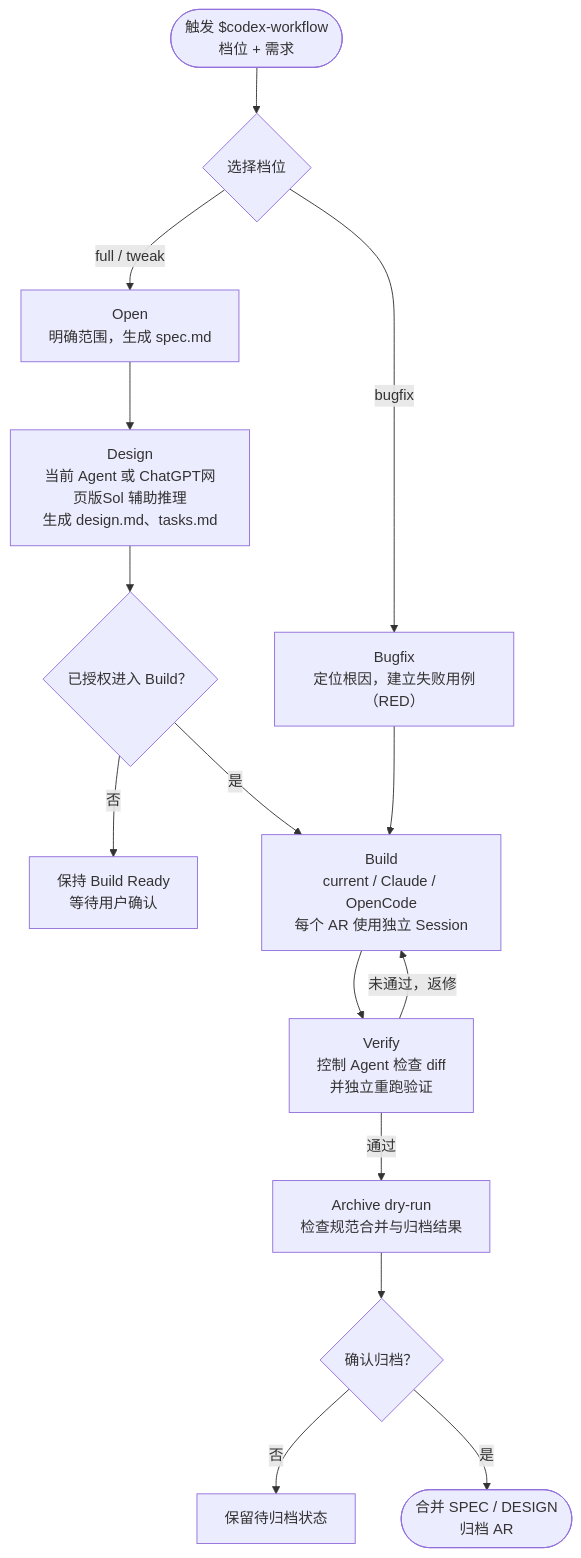
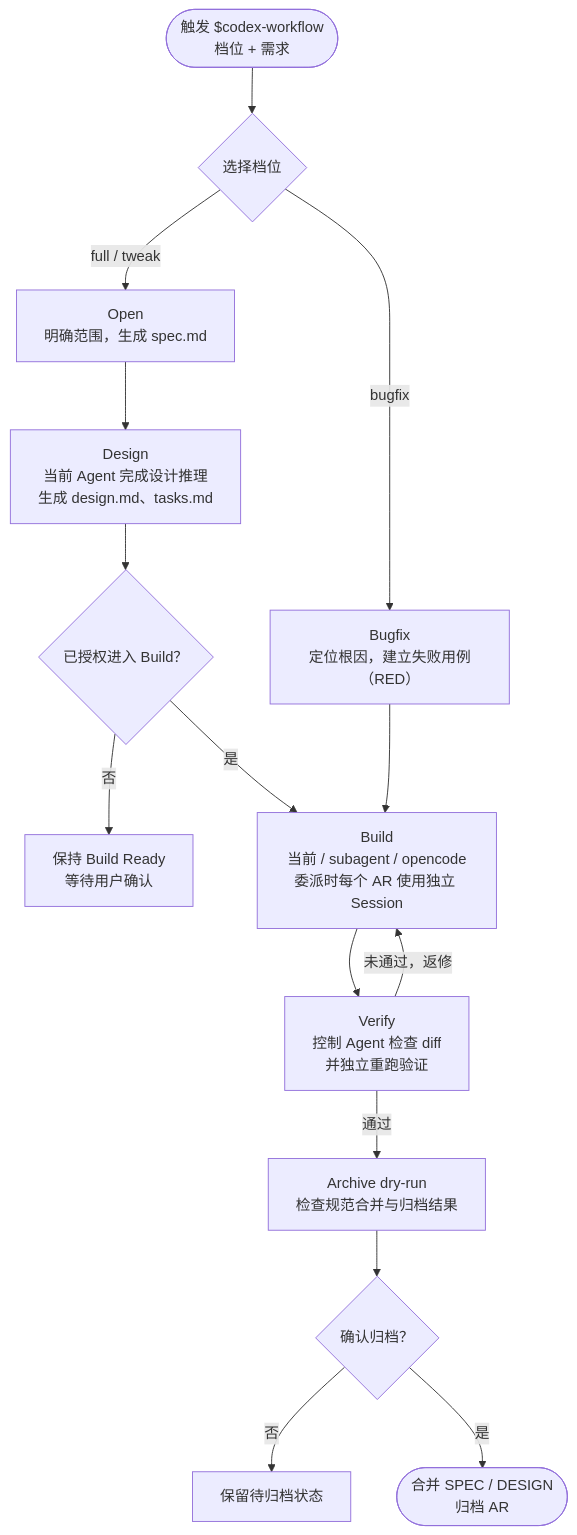
The diagram in README.md (luochangbin/Harness), drawn with Mermaid before and after one commit. The commit also changed other lines of this file and 70 other files, not shown here.

````diff
--- a/README.md
+++ b/README.md
@@ -53,20 +53,20 @@
 ```mermaid
 flowchart TB
     START(["触发 $codex-workflow<br/>档位 + 需求"]) --> MODE{"选择档位"}
 
     MODE -->|full / tweak| OPEN["Open<br/>明确范围，生成 spec.md"]
-    OPEN --> DESIGN["Design<br/>当前 Agent 或 ChatGPT网页版Sol 辅助推理<br/>生成 design.md、tasks.md"]
+    OPEN --> DESIGN["Design<br/>当前 Agent 完成设计推理<br/>生成 design.md、tasks.md"]
     DESIGN --> AUTH{"已授权进入 Build？"}
     AUTH -->|否| READY["保持 Build Ready<br/>等待用户确认"]
     AUTH -->|是| BUILD
 
     MODE -->|bugfix| BUG["Bugfix<br/>定位根因，建立失败用例（RED）"]
-    BUG --> BUILD["Build<br/>current / Claude / OpenCode<br/>每个 AR 使用独立 Session"]
+    BUG --> BUILD["Build<br/>当前 / subagent / opencode<br/>委派时每个 AR 使用独立 Session"]
 
     BUILD --> VERIFY["Verify<br/>控制 Agent 检查 diff<br/>并独立重跑验证"]
     VERIFY -->|未通过，返修| BUILD
     VERIFY -->|通过| DRYRUN["Archive dry-run<br/>检查规范合并与归档结果"]
     DRYRUN --> CONFIRM{"确认归档？"}
     CONFIRM -->|否| PENDING["保留待归档状态"]
     CONFIRM -->|是| ARCHIVE(["合并 SPEC / DESIGN<br/>归档 AR"])
 ```
````
